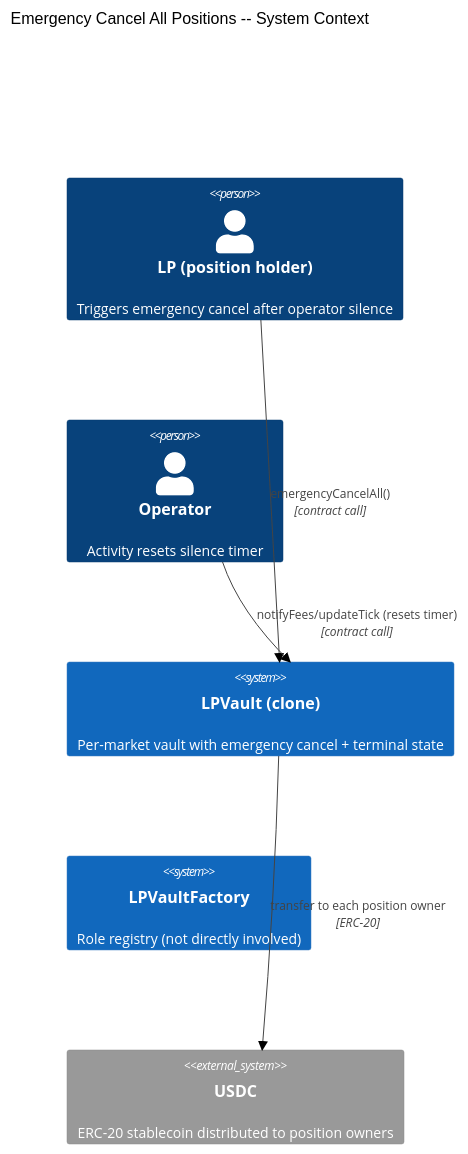
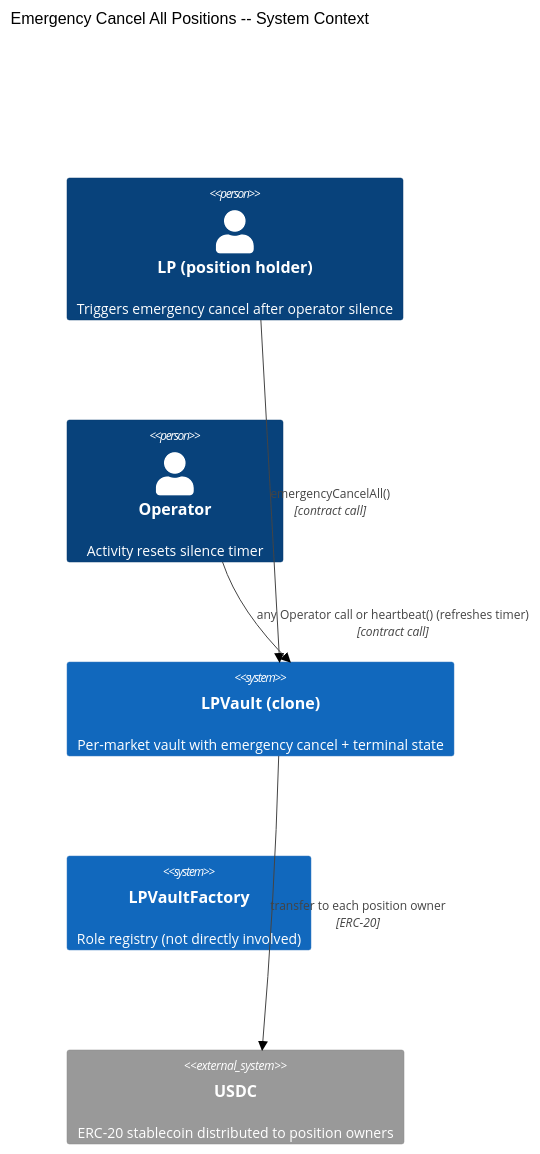
Before and after one commit to ProphetMarket/lp-vaults: the first of 4 diagrams in specs/features/contracts/FEAT-JXQO-emergency-cancel-all-positions/ARCHITECTURE.md, drawn with Mermaid (neutral theme). The commit also changed other lines of this file and 21 other files, not shown here.

````diff
--- a/specs/features/contracts/FEAT-JXQO-emergency-cancel-all-positions/ARCHITECTURE.md
+++ b/specs/features/contracts/FEAT-JXQO-emergency-cancel-all-positions/ARCHITECTURE.md
@@ -15,12 +15,12 @@
 ```mermaid
 C4Context
     title Emergency Cancel All Positions -- System Context
     Person(lp, "LP (position holder)", "Triggers emergency cancel after operator silence")
     Person(operator, "Operator", "Activity resets silence timer")
     System(vault, "LPVault (clone)", "Per-market vault with emergency cancel + terminal state")
     System(factory, "LPVaultFactory", "Role registry (not directly involved)")
     System_Ext(usdc, "USDC", "ERC-20 stablecoin distributed to position owners")
     Rel(lp, vault, "emergencyCancelAll()", "contract call")
-    Rel(operator, vault, "notifyFees/updateTick (resets timer)", "contract call")
+    Rel(operator, vault, "any Operator call or heartbeat() (refreshes timer)", "contract call")
     Rel(vault, usdc, "transfer to each position owner", "ERC-20")
 ```
````
